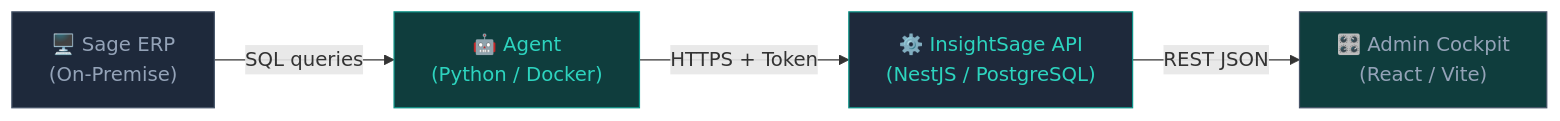
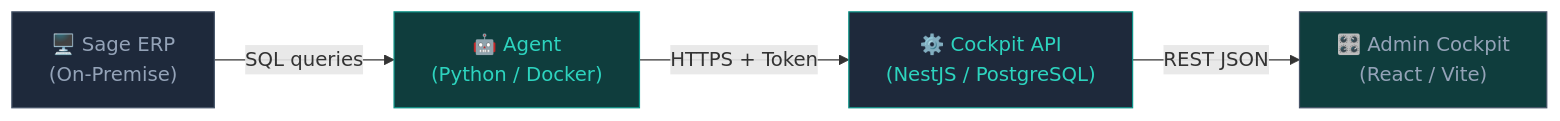
The first of 2 diagrams in docs/index.md (AbdoulDiouf2/Insightsage_backend), drawn with Mermaid before and after one commit. The commit also changed other lines of this file and 23 other files, not shown here.

Commit message:
feat: Initialize core backend modules, authentication, mailing, and comprehensive documentation for InsightSage.

````diff
--- a/docs/index.md
+++ b/docs/index.md
@@ -27,11 +27,11 @@
 ```mermaid
 graph LR
     A["🖥️ Sage ERP\n(On-Premise)"] -->|SQL queries| B["🤖 Agent\n(Python / Docker)"]
-    B -->|HTTPS + Token| C["⚙️ InsightSage API\n(NestJS / PostgreSQL)"]
+    B -->|HTTPS + Token| C["⚙️ Cockpit API\n(NestJS / PostgreSQL)"]
     C -->|REST JSON| D["🎛️ Admin Cockpit\n(React / Vite)"]
 
     style A fill:#1e293b,stroke:#475569,color:#94a3b8
     style B fill:#0f3d3d,stroke:#0d9488,color:#2dd4bf
     style C fill:#1e293b,stroke:#0d9488,color:#2dd4bf
     style D fill:#0f3d3d,stroke:#475569,color:#94a3b8
 ```
````
